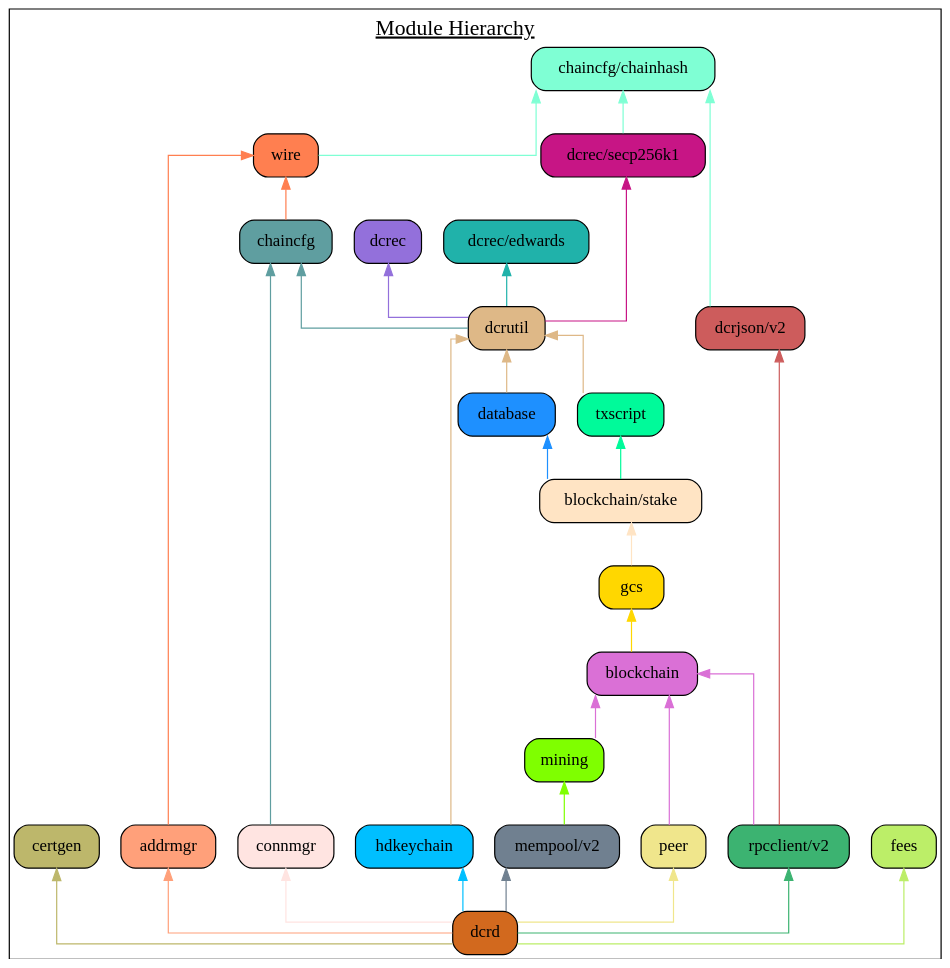
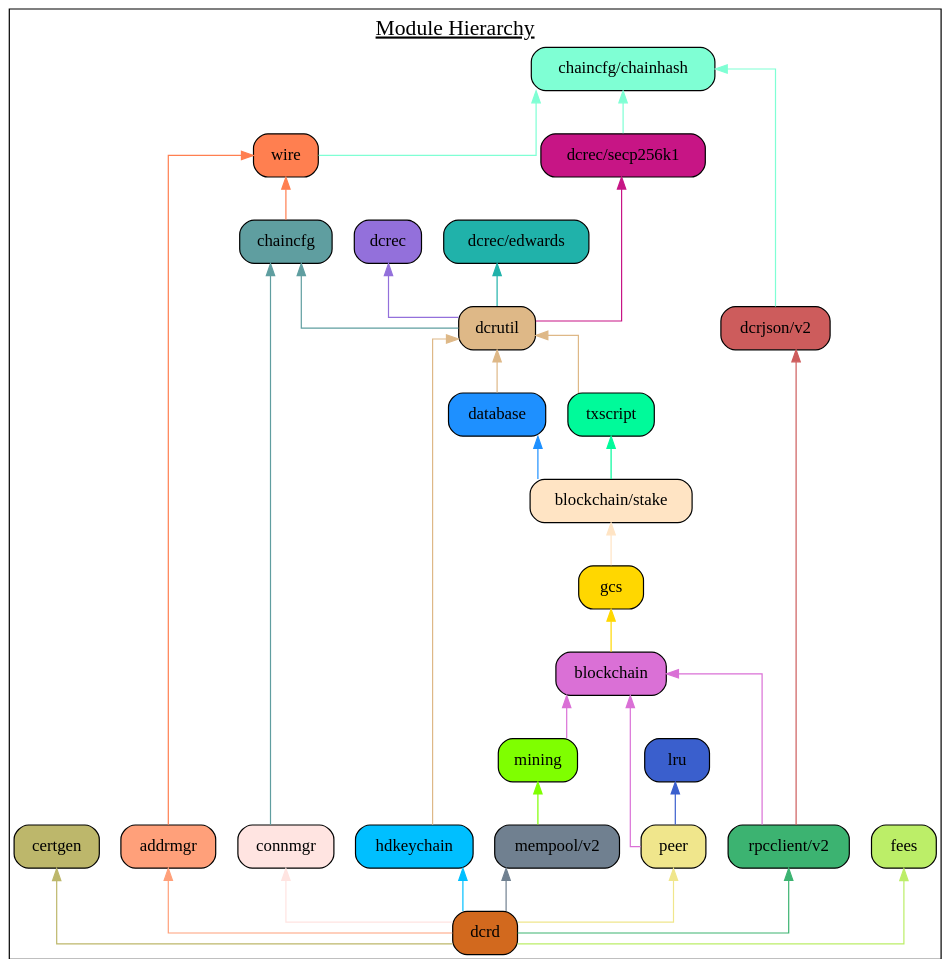
The diagram in docs/assets/module_hierarchy.gv (decred/dcrd), drawn with Graphviz before and after one commit. The commit also changed 2 other files, not shown here.

Commit message:
docs: Update for lru module.
This updates the docs/README.md file, module hierarchy graphviz, and
module hierarchy diagram to reflect the new lru module.

```diff
--- a/docs/assets/module_hierarchy.gv
+++ b/docs/assets/module_hierarchy.gv
@@ -1,63 +1,65 @@
 digraph {
 	graph [splines=ortho colorscheme=svg label=<<u>Module Hierarchy</u>> labelloc=t fontsize=18.0]
 	node [shape=box style="filled, rounded"]
 
 	certgen [label="certgen" fillcolor=darkkhaki]
 	chainhash [label="chaincfg/chainhash" fillcolor=aquamarine]
 	dcrjson [label="dcrjson/v2" fillcolor=indianred]
 	wire [label="wire" fillcolor=coral]
 	addrmgr [label="addrmgr" fillcolor=lightsalmon]
 	chaincfg [label="chaincfg" fillcolor=cadetblue]
 	connmgr [label="connmgr" fillcolor=mistyrose]
 	dcrec [label="dcrec" fillcolor=mediumpurple]
 	edwards [label="dcrec/edwards" fillcolor=lightseagreen]
 	secp256k1 [label="dcrec/secp256k1" fillcolor=mediumvioletred]
 	dcrutil [label="dcrutil" fillcolor=burlywood]
 	database [label="database" fillcolor=dodgerblue]
 	hdkeychain [label="hdkeychain" fillcolor=deepskyblue]
 	txscript [label="txscript" fillcolor=mediumspringgreen]
 	stake [label="blockchain/stake" fillcolor=bisque]
 	gcs [label="gcs" fillcolor=gold]
 	blockchain [label="blockchain" fillcolor=orchid]
 	mempool [label="mempool/v2" fillcolor=slategray]
 	mining [label="mining" fillcolor=chartreuse]
+	lru  [label="lru" fillcolor=royalblue3]
 	peer [label="peer" fillcolor=khaki]
 	rpcclient [label="rpcclient/v2" fillcolor=mediumseagreen]
 	fees [label="fees" fillcolor=darkolivegreen2]
 	dcrd [label="dcrd" fillcolor=chocolate]
 
 	{rank=same connmgr addrmgr hdkeychain peer rpcclient mempool}
 
 	certgen
 	chainhash -> dcrjson [dir=back color=aquamarine]
 	chainhash -> wire [dir=back color=aquamarine]
 	wire -> addrmgr [dir=back color=coral]
 	wire -> chaincfg [dir=back color=coral]
 	chaincfg -> connmgr [dir=back color=cadetblue]
 	chainhash -> secp256k1 [dir=back color=aquamarine]
 	chaincfg -> dcrutil [dir=back color=cadetblue]
 	dcrec -> dcrutil [dir=back color=mediumpurple]
 	edwards ->  dcrutil [dir=back color=lightseagreen]
 	secp256k1 ->  dcrutil [dir=back color=mediumvioletred]
 	dcrutil -> database [dir=back color=burlywood]
 	dcrutil -> hdkeychain [dir=back color=burlywood]
 	dcrutil -> txscript [dir=back color=burlywood]
 	database ->  stake [dir=back color=dodgerblue]
 	txscript -> stake [dir=back color=mediumspringgreen]
 	stake -> gcs [dir=back color=bisque]
 	gcs -> blockchain [dir=back color=gold]
 	blockchain -> mining [dir=back color=orchid]
 	mining -> mempool [dir=back color=chartreuse]
+	lru -> peer [dir=back color=royalblue3]
 	blockchain -> peer [dir=back color=orchid]
 	blockchain -> rpcclient [dir=back color=orchid]
 	dcrjson -> rpcclient [dir=back color=indianred]
 
 	fees -> dcrd [dir=back color=darkolivegreen2]
 	mempool -> dcrd [dir=back color=slategray]
 	certgen -> dcrd [dir=back color=darkkhaki]
 	addrmgr -> dcrd [dir=back color=lightsalmon]
 	hdkeychain -> dcrd [dir=back color=deepskyblue]
 	connmgr -> dcrd [dir=back color=mistyrose]
 	rpcclient -> dcrd [dir=back color=mediumseagreen]
 	peer -> dcrd [dir=back color=khaki]
 }
```
